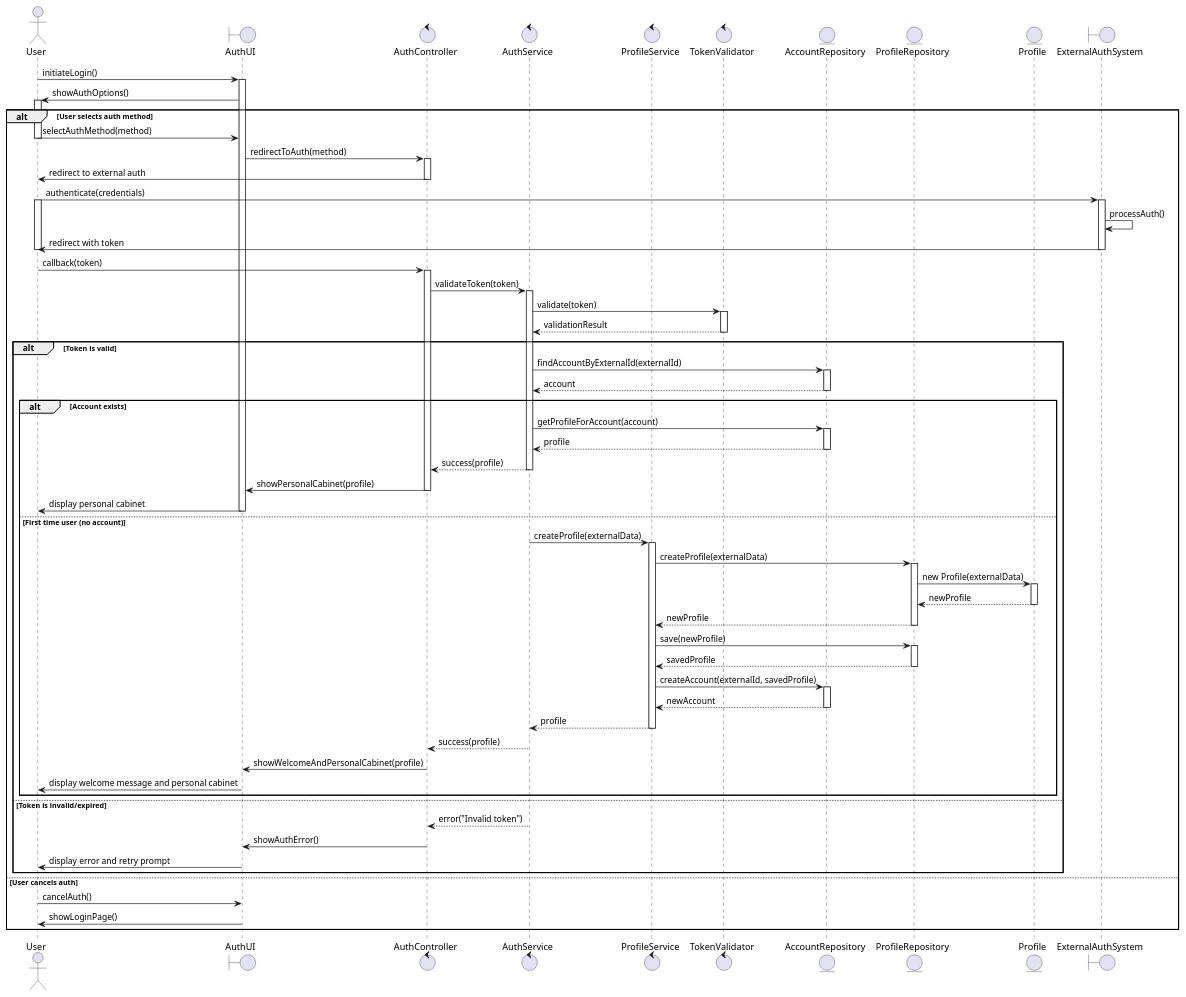
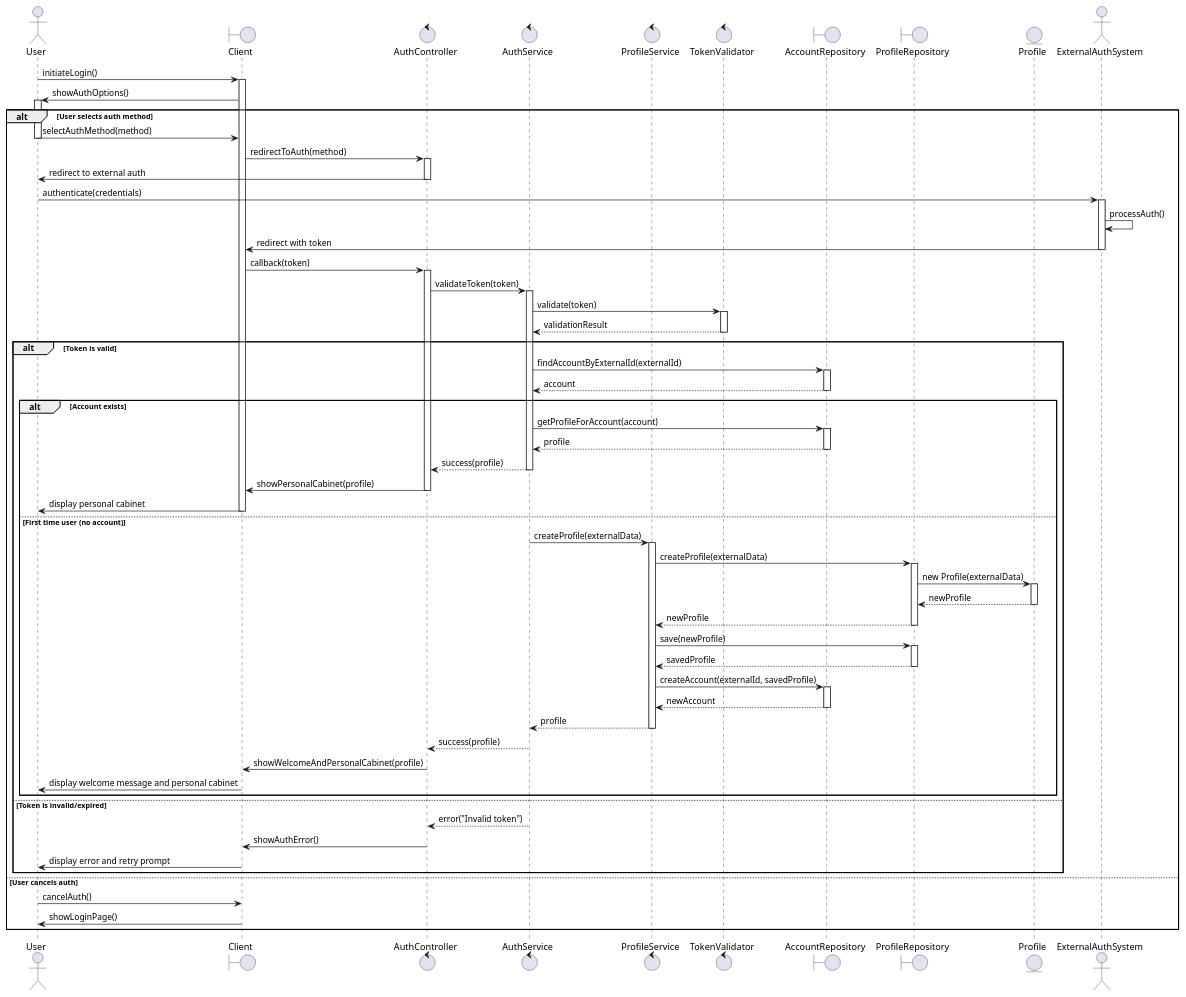
One commit to DustofTimeYT/DropDatabase changed the diagram in docs/user-authorized-diagram-extended.plantuml. Above: the diagram before and after it, drawn with PlantUML. The commit also changed 1 other file, not shown here.

Commit message:
Fix diagrams

```diff
--- a/docs/user-authorized-diagram-extended.plantuml
+++ b/docs/user-authorized-diagram-extended.plantuml
@@ -1,126 +1,124 @@
 @startuml
 actor User
-boundary "AuthUI" as UI
+boundary Client
 control "AuthController" as AC
 control "AuthService" as AS
 control "ProfileService" as PS
 control "TokenValidator" as TV
-entity "AccountRepository" as AR
-entity "ProfileRepository" as PR
+boundary "AccountRepository" as AR
+boundary "ProfileRepository" as PR
 entity "Profile" as P
-boundary "ExternalAuthSystem" as EAS
+actor "ExternalAuthSystem" as EAS
 
-User -> UI: initiateLogin()
-activate UI
+User -> Client: initiateLogin()
+activate Client
 
-UI -> User: showAuthOptions()
+Client -> User: showAuthOptions()
 activate User
 
 alt User selects auth method
-    User -> UI: selectAuthMethod(method)
+    User -> Client: selectAuthMethod(method)
     deactivate User
 
-    UI -> AC: redirectToAuth(method)
+    Client -> AC: redirectToAuth(method)
 
     activate AC
     AC -> User: redirect to external auth
     deactivate AC
 
     User -> EAS: authenticate(credentials)
     activate EAS
-    activate User
     EAS -> EAS: processAuth()
-    EAS -> User: redirect with token
-    deactivate User
+    EAS -> Client: redirect with token
     deactivate EAS
 
-    User -> AC: callback(token)
+    Client -> AC: callback(token)
 
     activate AC
 
     AC -> AS: validateToken(token)
     activate AS
 
     AS -> TV: validate(token)
     activate TV
     TV --> AS: validationResult
     deactivate TV
 
     alt Token is valid
         AS -> AR: findAccountByExternalId(externalId)
         activate AR
         AR --> AS: account
         deactivate AR
 
         alt Account exists
             AS -> AR: getProfileForAccount(account)
             activate AR
             AR --> AS: profile
             deactivate AR
 
             AS --> AC: success(profile)
             deactivate AS
 
-            AC -> UI: showPersonalCabinet(profile)
+            AC -> Client: showPersonalCabinet(profile)
             deactivate AC
 
-            UI -> User: display personal cabinet
-            deactivate UI
+            Client -> User: display personal cabinet
+            deactivate Client
 
         else First time user (no account)
             AS -> PS: createProfile(externalData)
             activate PS
 
             PS -> PR: createProfile(externalData)
             activate PR
             PR -> P: new Profile(externalData)
             activate P
             P --> PR: newProfile
             deactivate P
             PR --> PS: newProfile
 
             deactivate PR
 
             PS -> PR: save(newProfile)
             activate PR
             PR --> PS: savedProfile
             deactivate PR
 
             PS -> AR: createAccount(externalId, savedProfile)
             activate AR
             AR --> PS: newAccount
             deactivate AR
 
             PS --> AS: profile
             deactivate PS
 
             AS --> AC: success(profile)
             deactivate AS
 
-            AC -> UI: showWelcomeAndPersonalCabinet(profile)
+            AC -> Client: showWelcomeAndPersonalCabinet(profile)
             deactivate AC
 
-            UI -> User: display welcome message and personal cabinet
-            deactivate UI
+            Client -> User: display welcome message and personal cabinet
+            deactivate Client
         end
 
     else Token is invalid/expired
         AS --> AC: error("Invalid token")
         deactivate AS
 
-        AC -> UI: showAuthError()
+        AC -> Client: showAuthError()
         deactivate AC
 
-        UI -> User: display error and retry prompt
-        deactivate UI
+        Client -> User: display error and retry prompt
+        deactivate Client
     end
 
 else User cancels auth
-    User -> UI: cancelAuth()
+    User -> Client: cancelAuth()
     deactivate User
 
-    UI -> User: showLoginPage()
-    deactivate UI
+    Client -> User: showLoginPage()
+    deactivate Client
 end
 
 @enduml
```
